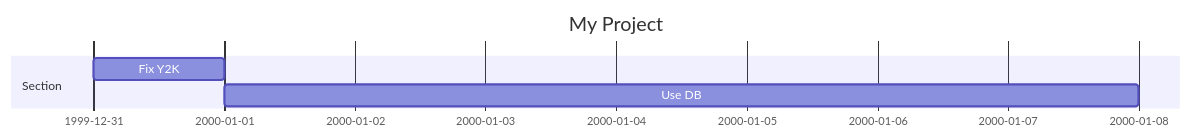
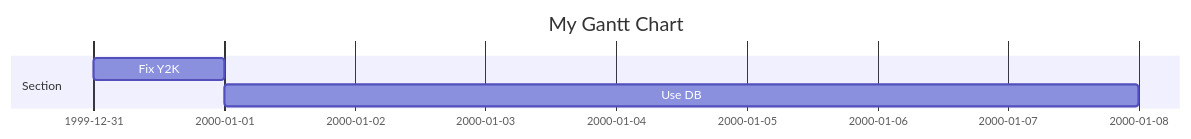
Before and after one commit to fhnw-imvs/fhnw-ipro-indoor-climate: the diagram in level-0/README.md, drawn with Mermaid. The commit also changed other lines of this file, not shown here.

````diff
--- a/level-0/README.md
+++ b/level-0/README.md
@@ -42,8 +42,8 @@
 ```mermaid
 gantt
-    title My Project
+    title My Gantt Chart
     dateFormat  YYYY-MM-DD
     section Section
     Fix Y2K :t1, 1999-12-31, 1d
     Use DB  :after t1, 7d
 ```  
````
